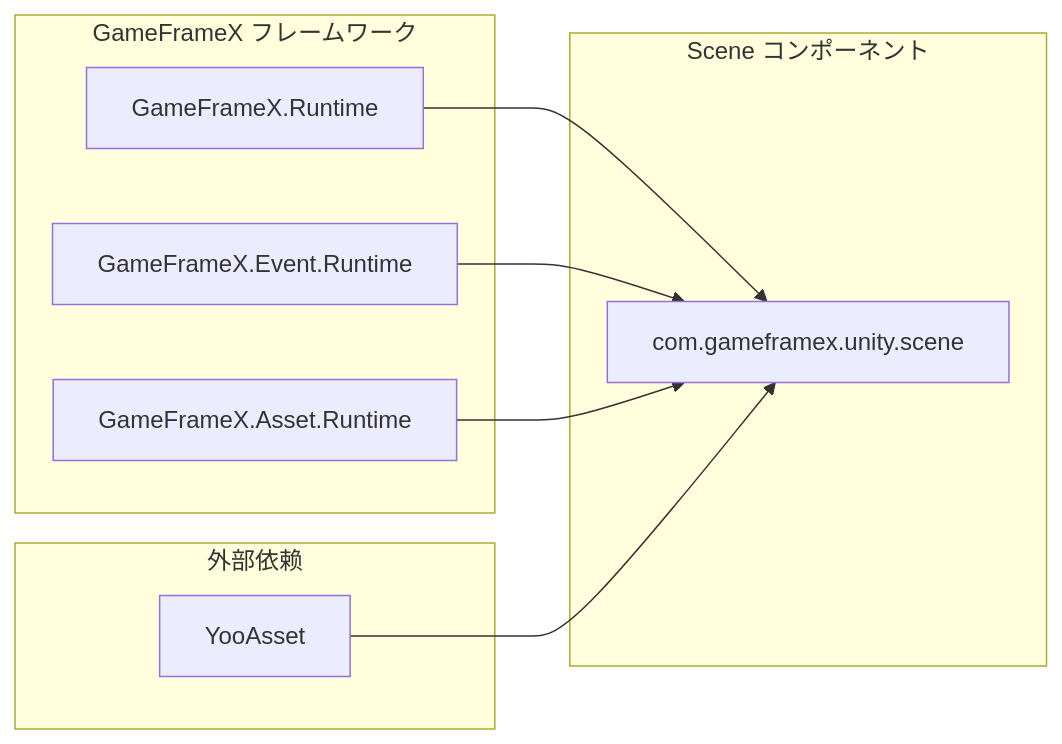
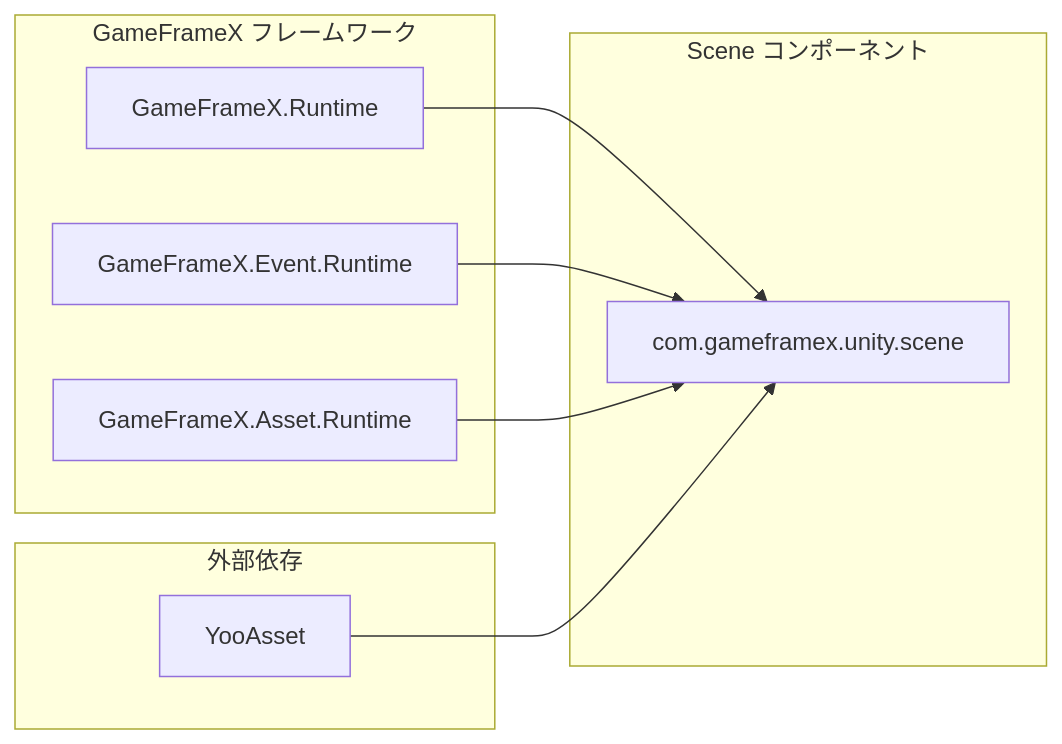
One commit to AlianBlank/GameFrameX.Docs changed the first of 2 diagrams in docs/ja/client/unity/component/scene/02.installation.md. Above: the diagram before and after it, drawn with Mermaid. The commit also changed other lines of this file and 320 other files, not shown here.

````diff
--- a/docs/ja/client/unity/component/scene/02.installation.md
+++ b/docs/ja/client/unity/component/scene/02.installation.md
@@ -26,21 +26,21 @@
 ```mermaid
 flowchart LR
     subgraph GameFrameX["GameFrameX フレームワーク"]
         Core["GameFrameX.Runtime"]
         Event["GameFrameX.Event.Runtime"]
         Asset["GameFrameX.Asset.Runtime"]
     end
     
-    subgraph External["外部依赖"]
+    subgraph External["外部依存"]
         Yoo["YooAsset"]
     end
     
     subgraph Scene["Scene コンポーネント"]
         SceneComp["com.gameframex.unity.scene"]
     end
     
     Core --> SceneComp
     Event --> SceneComp
     Asset --> SceneComp
     Yoo --> SceneComp
 ```
````
